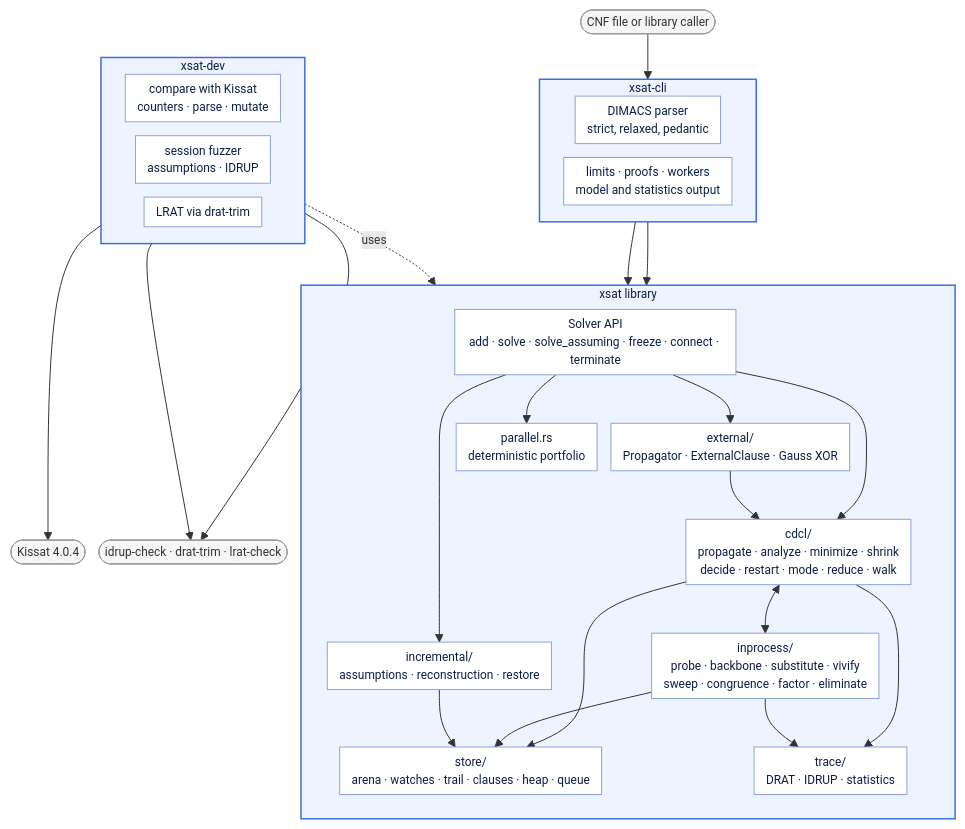
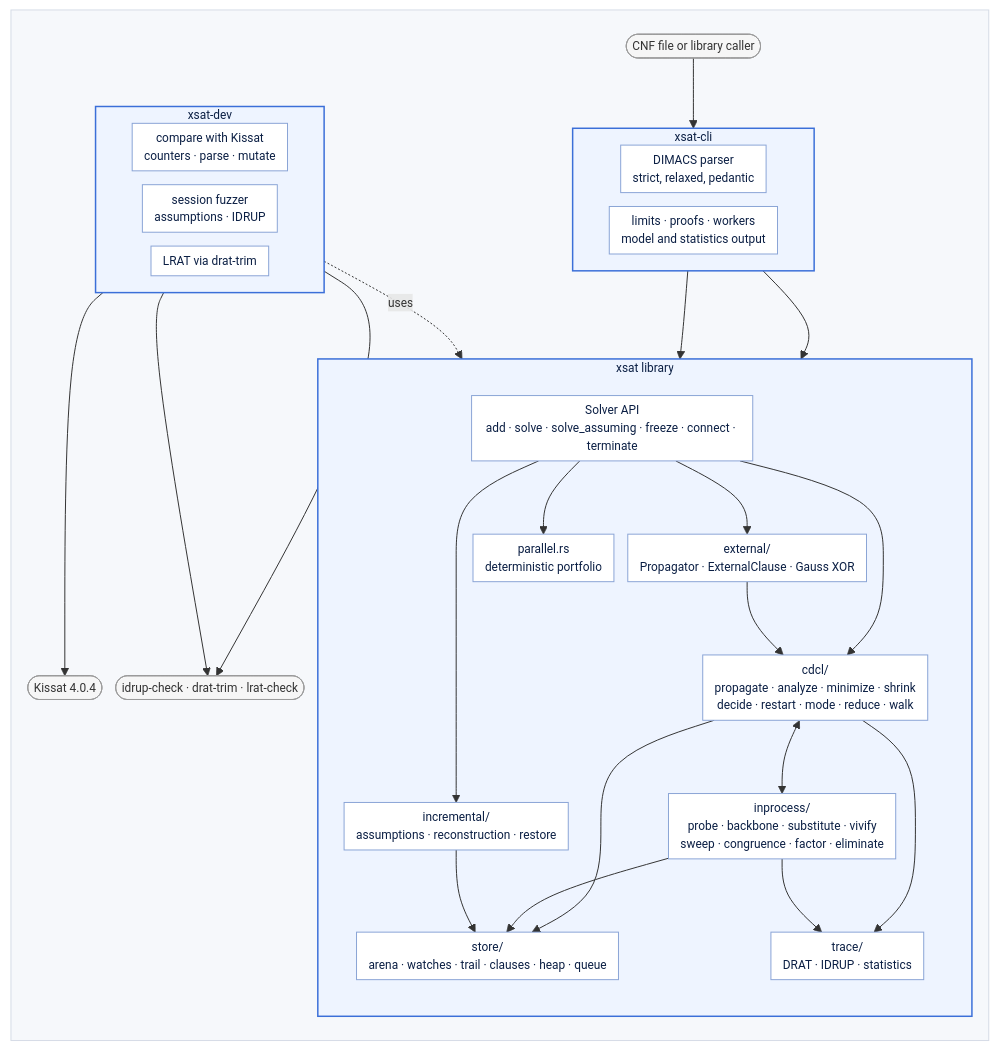
The diagram in docs/architecture.mmd (orkait/xsat), drawn with Mermaid before and after one commit. The commit also changed 5 other files, not shown here.

Commit message:
docs(xsat): give the diagrams a solid light background (#635)

```diff
--- a/docs/architecture.mmd
+++ b/docs/architecture.mmd
@@ -1,55 +1,59 @@
 %%{init: {"themeVariables": {"fontSize": "12px"}, "flowchart": {"nodeSpacing": 14, "rankSpacing": 24, "padding": 6, "wrappingWidth": 260, "diagramPadding": 4}}}%%
 flowchart TB
   classDef module fill:#ffffff,stroke:#8aa4d6,color:#0b1f44
   classDef outside fill:#f6f6f6,stroke:#9a9a9a,color:#333
 
+  subgraph canvas[" "]
+  direction TB
   user([CNF file or library caller]):::outside
 
   subgraph cli["xsat-cli"]
     direction LR
     parse[DIMACS parser<br/>strict, relaxed, pedantic]:::module
     run[limits · proofs · workers<br/>model and statistics output]:::module
   end
   style cli fill:#eef4ff,stroke:#3b6fd8,stroke-width:1.5px,color:#0b1f44
 
   subgraph lib["xsat library"]
     direction TB
     api[Solver API<br/>add · solve · solve_assuming · freeze · connect · terminate]:::module
     cdcl[cdcl/<br/>propagate · analyze · minimize · shrink<br/>decide · restart · mode · reduce · walk]:::module
     inproc[inprocess/<br/>probe · backbone · substitute · vivify<br/>sweep · congruence · factor · eliminate]:::module
     incr[incremental/<br/>assumptions · reconstruction · restore]:::module
     store[store/<br/>arena · watches · trail · clauses · heap · queue]:::module
     ext[external/<br/>Propagator · ExternalClause · Gauss XOR]:::module
     trace[trace/<br/>DRAT · IDRUP · statistics]:::module
     par[parallel.rs<br/>deterministic portfolio]:::module
   end
   style lib fill:#eef4ff,stroke:#3b6fd8,stroke-width:1.5px,color:#0b1f44
 
   subgraph dev["xsat-dev"]
     direction LR
     cmp[compare with Kissat<br/>counters · parse · mutate]:::module
     ses[session fuzzer<br/>assumptions · IDRUP]:::module
     lrat[LRAT via drat-trim]:::module
   end
   style dev fill:#eef4ff,stroke:#3b6fd8,stroke-width:1.5px,color:#0b1f44
 
   kissat([Kissat 4.0.4]):::outside
   checkers([idrup-check · drat-trim · lrat-check]):::outside
+  end
+  style canvas fill:#f6f8fb,stroke:#d5dbe6,stroke-width:1px
 
   user --> parse --> api
   run --> api
   api --> cdcl
   api --> incr
   api --> ext
   api --> par
   cdcl <--> inproc
   cdcl --> store
   inproc --> store
   incr --> store
   ext --> cdcl
   cdcl --> trace
   inproc --> trace
   cmp --> kissat
   ses --> checkers
   lrat --> checkers
   dev -.uses.-> lib
```
